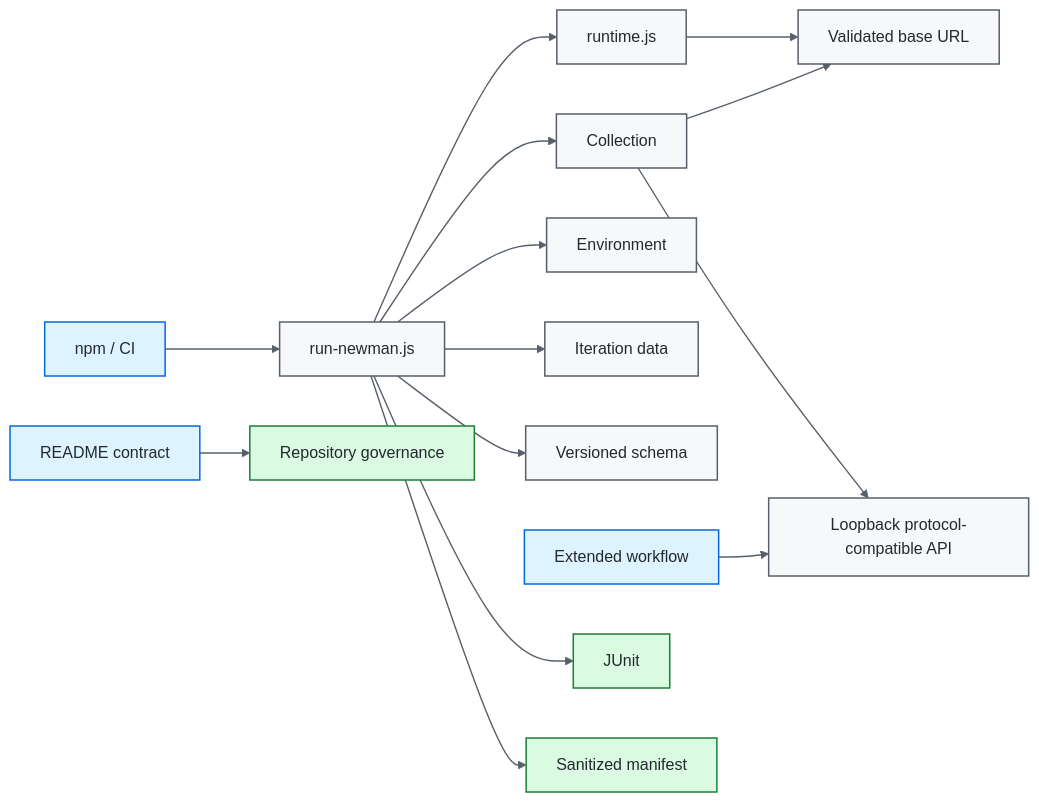
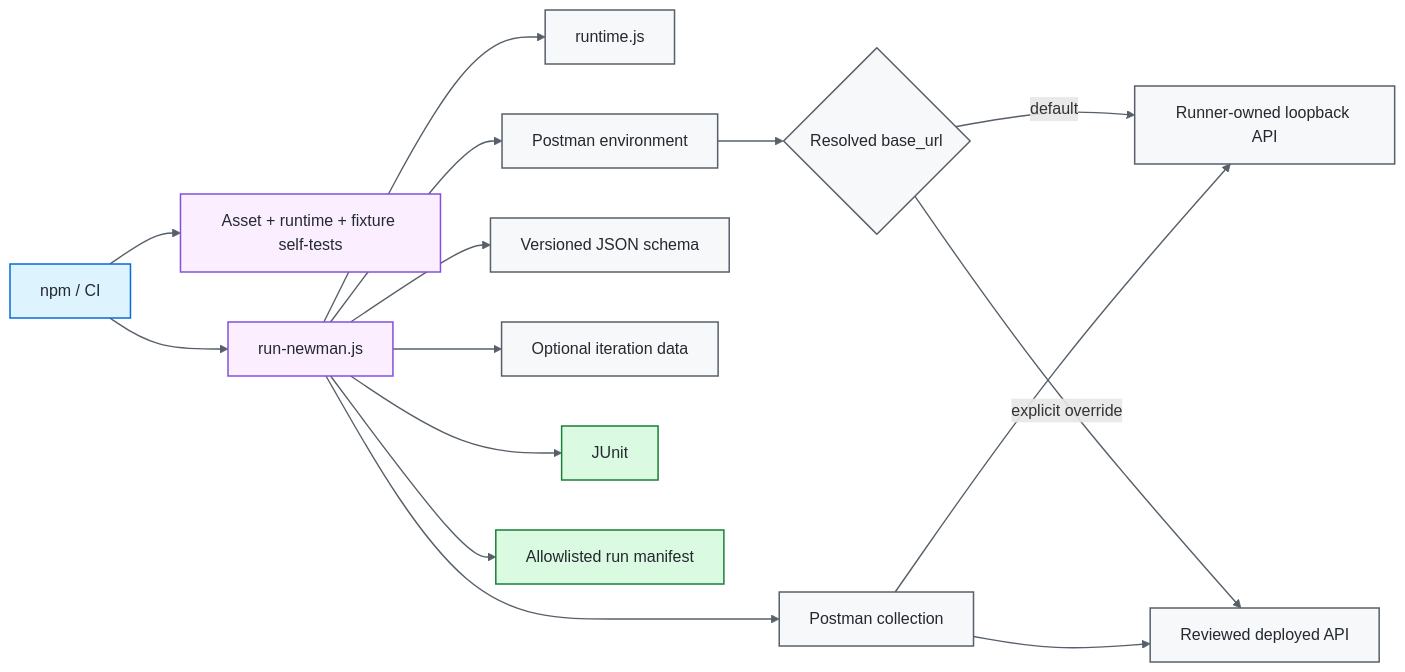
The first of 2 diagrams in README.md (portyu9/qa-automation-api-postman-newman), drawn with Mermaid before and after one commit. The commit also changed other lines of this file and 9 other files, not shown here.

First line of the commit message:
Make Newman CI deterministic with runner-owned local API (#15)

````diff
--- a/README.md
+++ b/README.md
@@ -33,24 +34,27 @@
 ```mermaid
 flowchart LR
-    CLI[npm / CI] --> RUN[run-newman.js]
+    CLI[npm / CI] --> VALIDATE[Asset + runtime + fixture self-tests]
+    CLI --> RUN[run-newman.js]
     RUN --> POLICY[runtime.js]
-    RUN --> COL[Collection]
-    RUN --> ENV[Environment]
-    RUN --> DATA[Iteration data]
-    RUN --> SCHEMA[Versioned schema]
-    POLICY --> TARGET[Validated base URL]
-    COL --> TARGET
-    EXT[Extended workflow] --> LOCAL[Loopback protocol-compatible API]
+    RUN --> ENV[Postman environment]
+    RUN --> COL[Postman collection]
+    RUN --> SCHEMA[Versioned JSON schema]
+    RUN --> DATA[Optional iteration data]
+    ENV --> TARGET{Resolved base_url}
+    TARGET -->|default| LOCAL[Runner-owned loopback API]
+    TARGET -->|explicit override| EXT[Reviewed deployed API]
     COL --> LOCAL
+    COL --> EXT
     RUN --> JUNIT[JUnit]
-    RUN --> MAN[Sanitized manifest]
-    DOCS[README contract] --> GOVERN[Repository governance]
+    RUN --> MAN[Allowlisted run manifest]
 
     classDef entry fill:#ddf4ff,stroke:#0969da,color:#24292f,stroke-width:1.5px;
     classDef core fill:#f6f8fa,stroke:#57606a,color:#24292f,stroke-width:1.5px;
+    classDef gate fill:#fbefff,stroke:#8250df,color:#24292f,stroke-width:1.5px;
     classDef evidence fill:#dafbe1,stroke:#1a7f37,color:#24292f,stroke-width:1.5px;
-    class CLI,EXT,DOCS entry;
-    class RUN,POLICY,COL,ENV,DATA,SCHEMA,TARGET,LOCAL core;
-    class JUNIT,MAN,GOVERN evidence;
+    class CLI entry;
+    class POLICY,ENV,COL,SCHEMA,DATA,TARGET,LOCAL,EXT core;
+    class VALIDATE,RUN gate;
+    class JUNIT,MAN evidence;
     linkStyle default stroke:#57606a,stroke-width:1.4px;
 ```
````
